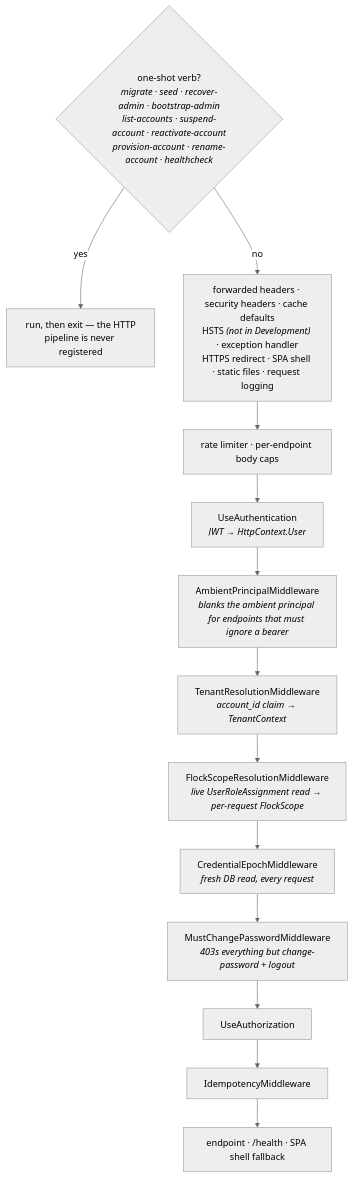
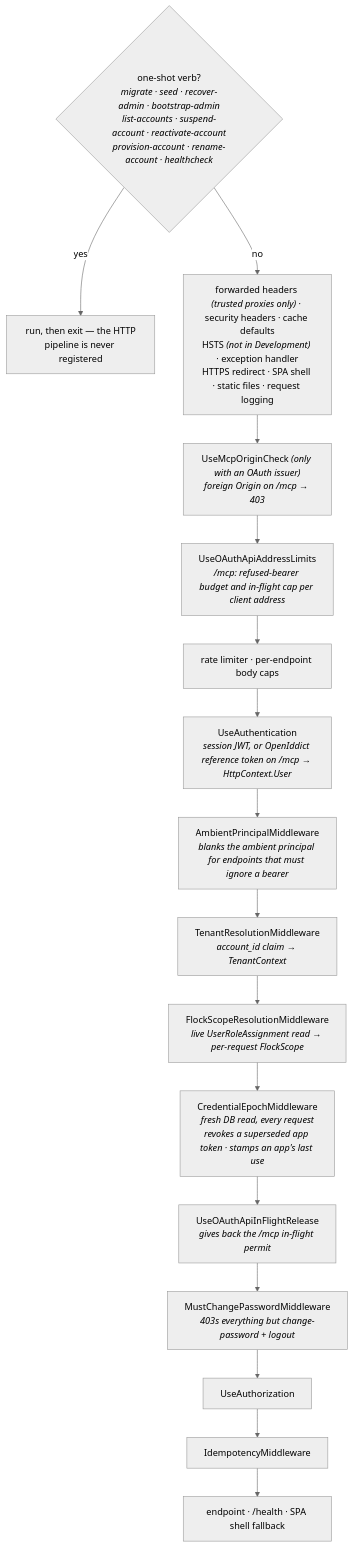
The fourth of 7 diagrams in docs/architecture.md (mforce/cluckwork), drawn with Mermaid (neutral theme) before and after one commit. The commit also changed other lines of this file, not shown here.

Commit message:
docs: add the MCP and OAuth steps to the architecture diagrams
The request pipeline now shows UseMcpOriginCheck, UseOAuthApiAddressLimits
and UseOAuthApiInFlightRelease in Program.cs order, with a placement row
for each. Authentication covers OpenIddict reference tokens on /mcp, the
epoch node covers superseded app tokens and last-use stamps, and forwarded
headers come only from trusted proxies (#1260). The MustChangePassword
node id is MUSTCHANGE, so it no longer reads as the MCP server.

The deployment diagram adds AI apps calling /mcp and the OAuth endpoints,
and Access's label covers connected apps and OAuth.

````diff
--- a/docs/architecture.md
+++ b/docs/architecture.md
@@ -123,18 +125,21 @@
 ```mermaid
 flowchart TD
     CLI{"one-shot verb?<br/><i>migrate · seed · recover-admin · bootstrap-admin<br/>list-accounts · suspend-account · reactivate-account<br/>provision-account · rename-account · healthcheck</i>"}
     CLI -->|yes| EXIT["run, then exit — the HTTP<br/>pipeline is never registered"]
     CLI -->|no| EDGE
 
-    EDGE["forwarded headers · security headers · cache defaults<br/>HSTS <i>(not in Development)</i> · exception handler<br/>HTTPS redirect · SPA shell · static files · request logging"]
-    EDGE --> LIMITS["rate limiter · per-endpoint body caps"]
-    LIMITS --> AUTHN["UseAuthentication<br/><i>JWT → HttpContext.User</i>"]
+    EDGE["forwarded headers <i>(trusted proxies only)</i> · security headers · cache defaults<br/>HSTS <i>(not in Development)</i> · exception handler<br/>HTTPS redirect · SPA shell · static files · request logging"]
+    EDGE --> ORIGIN["UseMcpOriginCheck <i>(only with an OAuth issuer)</i><br/><i>foreign Origin on /mcp → 403</i>"]
+    ORIGIN --> ADDRESS["UseOAuthApiAddressLimits<br/><i>/mcp: refused-bearer budget and in-flight cap per client address</i>"]
+    ADDRESS --> LIMITS["rate limiter · per-endpoint body caps"]
+    LIMITS --> AUTHN["UseAuthentication<br/><i>session JWT, or OpenIddict reference token on /mcp → HttpContext.User</i>"]
     AUTHN --> AMBIENT["AmbientPrincipalMiddleware<br/><i>blanks the ambient principal for endpoints that must ignore a bearer</i>"]
     AMBIENT --> TENANT["TenantResolutionMiddleware<br/><i>account_id claim → TenantContext</i>"]
     TENANT --> FLOCKSCOPE["FlockScopeResolutionMiddleware<br/><i>live UserRoleAssignment read → per-request FlockScope</i>"]
-    FLOCKSCOPE --> EPOCH["CredentialEpochMiddleware<br/><i>fresh DB read, every request</i>"]
-    EPOCH --> MCP["MustChangePasswordMiddleware<br/><i>403s everything but change-password + logout</i>"]
-    MCP --> AUTHZ["UseAuthorization"]
+    FLOCKSCOPE --> EPOCH["CredentialEpochMiddleware<br/><i>fresh DB read, every request<br/>revokes a superseded app token · stamps an app's last use</i>"]
+    EPOCH --> RELEASE["UseOAuthApiInFlightRelease<br/><i>gives back the /mcp in-flight permit</i>"]
+    RELEASE --> MUSTCHANGE["MustChangePasswordMiddleware<br/><i>403s everything but change-password + logout</i>"]
+    MUSTCHANGE --> AUTHZ["UseAuthorization"]
     AUTHZ --> IDEM["IdempotencyMiddleware"]
     IDEM --> ENDPOINT["endpoint · /health · SPA shell fallback"]
 ```
````
